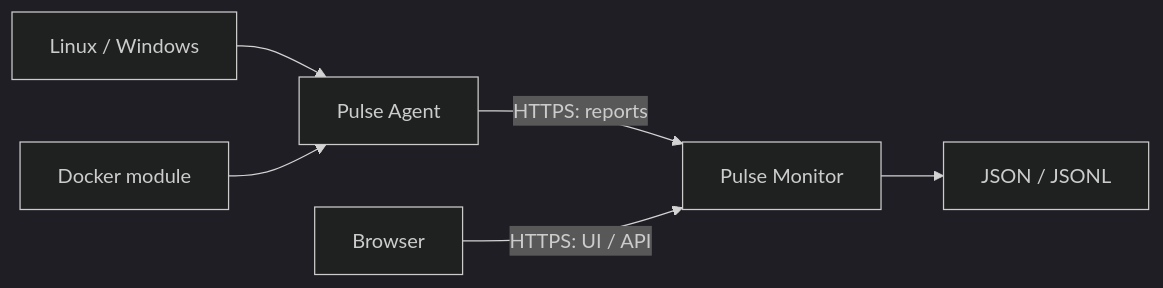
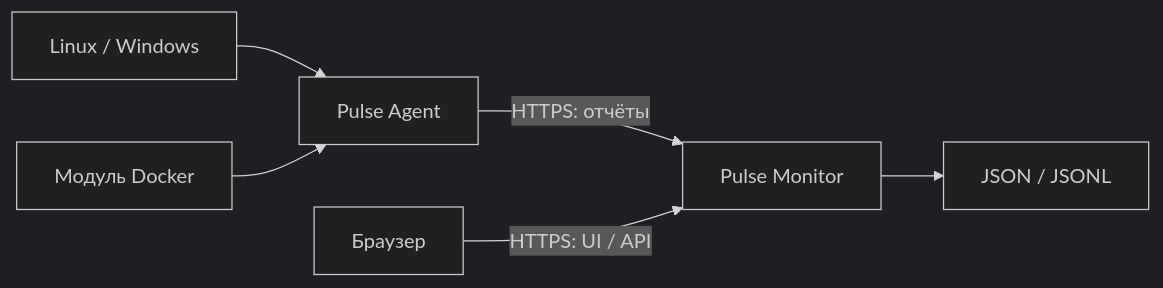
The diagram in README.md (HubbaBubbaPrepod/pulse-monitor), drawn with Mermaid (dark theme) before and after one commit. The commit also changed other lines of this file and 1 other file, not shown here.

Commit message:
docs(start): use executable paths from extracted archives

````diff
--- a/README.md
+++ b/README.md
@@ -21,8 +21,8 @@
 ```mermaid
 flowchart LR
     H[Linux / Windows] --> A[Pulse Agent]
-    D[Docker module] --> A
-    A -->|HTTPS: reports| M[Pulse Monitor]
+    D[Модуль Docker] --> A
+    A -->|HTTPS: отчёты| M[Pulse Monitor]
     M --> F[JSON / JSONL]
-    B[Browser] -->|HTTPS: UI / API| M
+    B[Браузер] -->|HTTPS: UI / API| M
 ```
````
